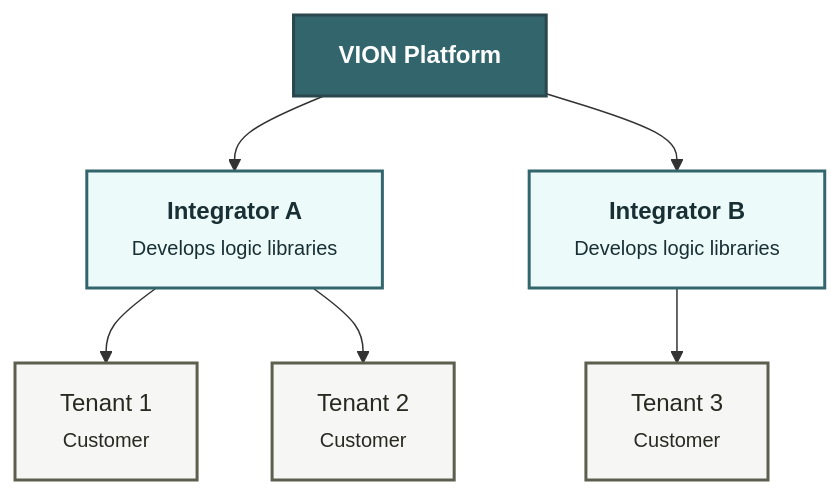
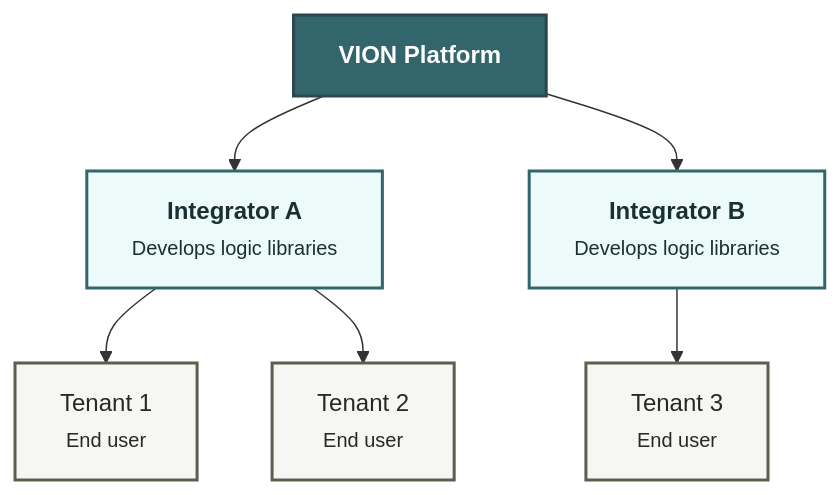
The fourth of 4 diagrams in docs/introduction/what-is-vion.md (VION-IoT/documentation), drawn with Mermaid before and after one commit. The commit also changed other lines of this file and 16 other files, not shown here.

````diff
--- a/docs/introduction/what-is-vion.md
+++ b/docs/introduction/what-is-vion.md
@@ -103,22 +103,22 @@
 ```mermaid
 flowchart TB
     Platform["<b>VION Platform</b>"]
     Int1["<b>Integrator A</b><br/><small>Develops logic libraries</small>"]
     Int2["<b>Integrator B</b><br/><small>Develops logic libraries</small>"]
-    T1["Tenant 1<br/><small>Customer</small>"]
-    T2["Tenant 2<br/><small>Customer</small>"]
-    T3["Tenant 3<br/><small>Customer</small>"]
+    T1["Tenant 1<br/><small>End user</small>"]
+    T2["Tenant 2<br/><small>End user</small>"]
+    T3["Tenant 3<br/><small>End user</small>"]
 
     Platform --> Int1
     Platform --> Int2
     Int1 --> T1
     Int1 --> T2
     Int2 --> T3
 
     style Platform fill:#32656c,stroke:#2b474e,stroke-width:2px,color:#ffffff
     style Int1 fill:#ecfbfa,stroke:#32656c,stroke-width:2px,color:#192f33
     style Int2 fill:#ecfbfa,stroke:#32656c,stroke-width:2px,color:#192f33
     style T1 fill:#f6f7f5,stroke:#5d5e4e,stroke-width:2px,color:#282921
     style T2 fill:#f6f7f5,stroke:#5d5e4e,stroke-width:2px,color:#282921
     style T3 fill:#f6f7f5,stroke:#5d5e4e,stroke-width:2px,color:#282921
 ```
````
